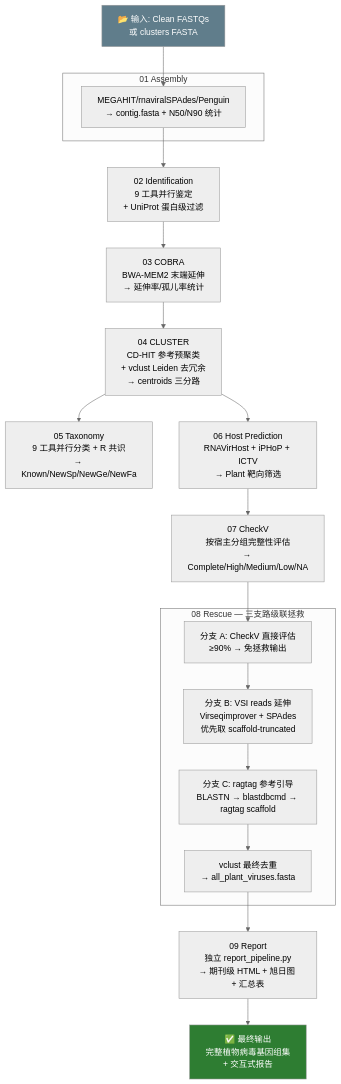
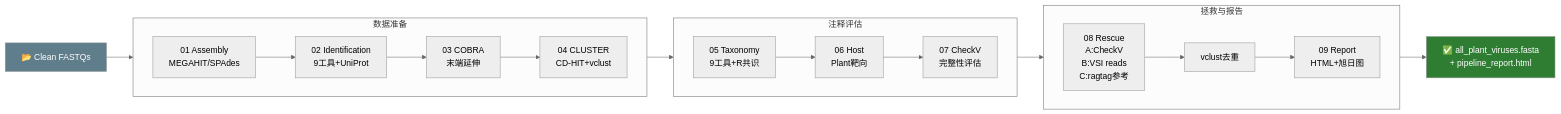
The third of 6 diagrams in doc/MMPV-RNA_pipelines_flow.md (zhangwenda0518/MMPV-RNA), drawn with Mermaid (neutral theme) before and after one commit. The commit also changed other lines of this file, not shown here.

Commit message:
docs: 四管道流程图改为横向展开 (flowchart LR) + 阶段表格

````diff
--- a/doc/MMPV-RNA_pipelines_flow.md
+++ b/doc/MMPV-RNA_pipelines_flow.md
@@ -126,37 +76,28 @@
 ```mermaid
-flowchart TD
-    A["📂 输入: Clean FASTQs<br/>或 clusters FASTA"] --> B
+flowchart LR
+    A["📂 Clean FASTQs"] --> B
 
-    subgraph ASSEMBLY["01 Assembly"]
-        B["MEGAHIT/rnaviralSPAdes/Penguin<br/>→ contig.fasta + N50/N90 统计"]
+    subgraph G1["数据准备"]
+        direction LR
+        B["01 Assembly<br/>MEGAHIT/SPAdes"] --> C["02 Identification<br/>9工具+UniProt"] --> D["03 COBRA<br/>末端延伸"] --> E["04 CLUSTER<br/>CD-HIT+vclust"]
     end
 
-    B --> C["02 Identification<br/>9 工具并行鉴定<br/>+ UniProt 蛋白级过滤"]
+    E --> F
 
-    C --> D["03 COBRA<br/>BWA-MEM2 末端延伸<br/>→ 延伸率/孤儿率统计"]
-
-    D --> E["04 CLUSTER<br/>CD-HIT 参考预聚类<br/>+ vclust Leiden 去冗余<br/>→ centroids 三分路"]
-
-    E --> F["05 Taxonomy<br/>9 工具并行分类 + R 共识<br/>→ Known/NewSp/NewGe/NewFa"]
-
-    E --> G["06 Host Prediction<br/>RNAVirHost + iPHoP + ICTV<br/>→ Plant 靶向筛选"]
-
-    G --> H["07 CheckV<br/>按宿主分组完整性评估<br/>→ Complete/High/Medium/Low/NA"]
+    subgraph G2["注释评估"]
+        direction LR
+        F["05 Taxonomy<br/>9工具+R共识"] --> G["06 Host<br/>Plant靶向"] --> H["07 CheckV<br/>完整性评估"]
+    end
 
     H --> I
 
-    subgraph RESCUE["08 Rescue — 三支路级联拯救"]
-        I["分支 A: CheckV 直接评估<br/>≥90% → 免拯救输出"]
-        I1["分支 B: VSI reads 延伸<br/>Virseqimprover + SPAdes<br/>优先取 scaffold-truncated"]
-        I2["分支 C: ragtag 参考引导<br/>BLASTN → blastdbcmd → ragtag scaffold"]
-        I --> I1 --> I2
-        I2 --> I3["vclust 最终去重<br/>→ all_plant_viruses.fasta"]
+    subgraph G3["拯救与报告"]
+        direction LR
+        I["08 Rescue<br/>A:CheckV<br/>B:VSI reads<br/>C:ragtag参考"] --> J["vclust去重"] --> K["09 Report<br/>HTML+旭日图"]
     end
 
-    I3 --> J["09 Report<br/>独立 report_pipeline.py<br/>→ 期刊级 HTML + 旭日图 + 汇总表"]
-
-    J --> OUT3["✅ 最终输出<br/>完整植物病毒基因组集<br/>+ 交互式报告"]
+    K --> L["✅ all_plant_viruses.fasta<br/>+ pipeline_report.html"]
 
     style A fill:#607d8b,color:#fff
-    style OUT3 fill:#2e7d32,color:#fff
+    style L fill:#2e7d32,color:#fff
 ```
````
